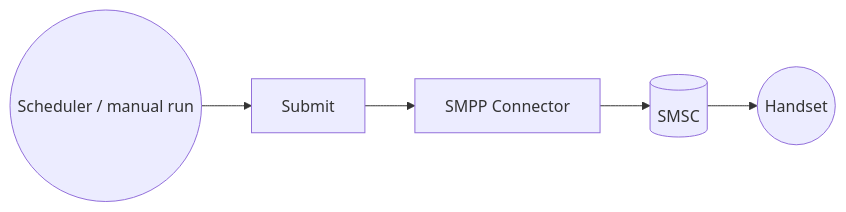
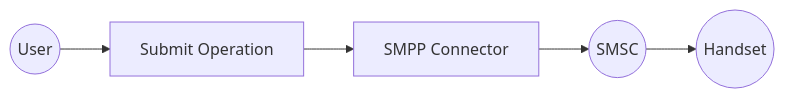
Before and after one commit to AmilaSamith/docs-integrator: the diagram in en/docs/connectors/catalog/messaging/smpp/example.md, drawn with Mermaid. The commit also changed other lines of this file and 4 other files, not shown here.

````diff
--- a/en/docs/connectors/catalog/messaging/smpp/example.md
+++ b/en/docs/connectors/catalog/messaging/smpp/example.md
@@ -18,7 +18,7 @@
 ```mermaid
 flowchart LR
-    A((Scheduler / manual run)) --> B[Submit]
+    A((User)) --> B[Submit Operation]
     B --> C[SMPP Connector]
-    C --> D[(SMSC)]
+    C --> D((SMSC))
     D --> E((Handset))
 ```
````
